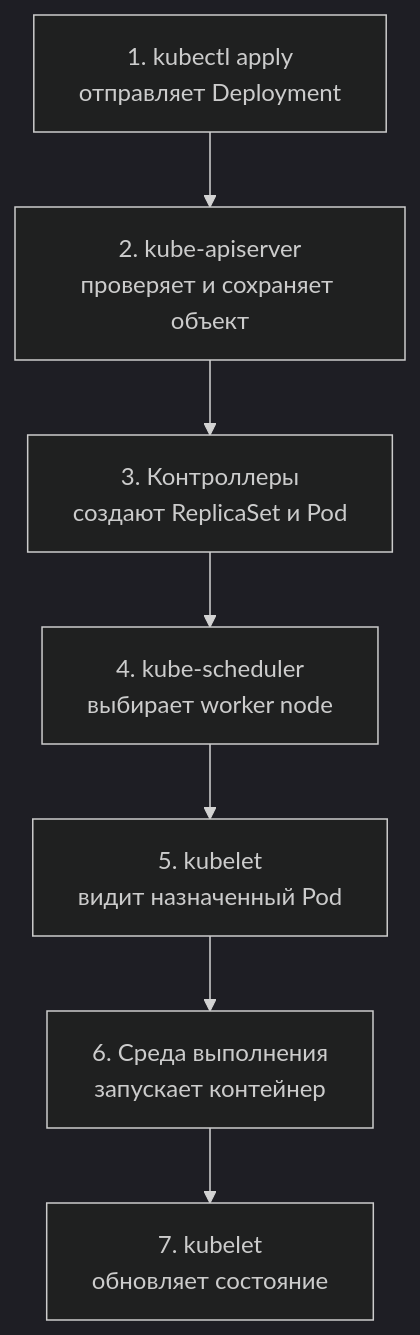
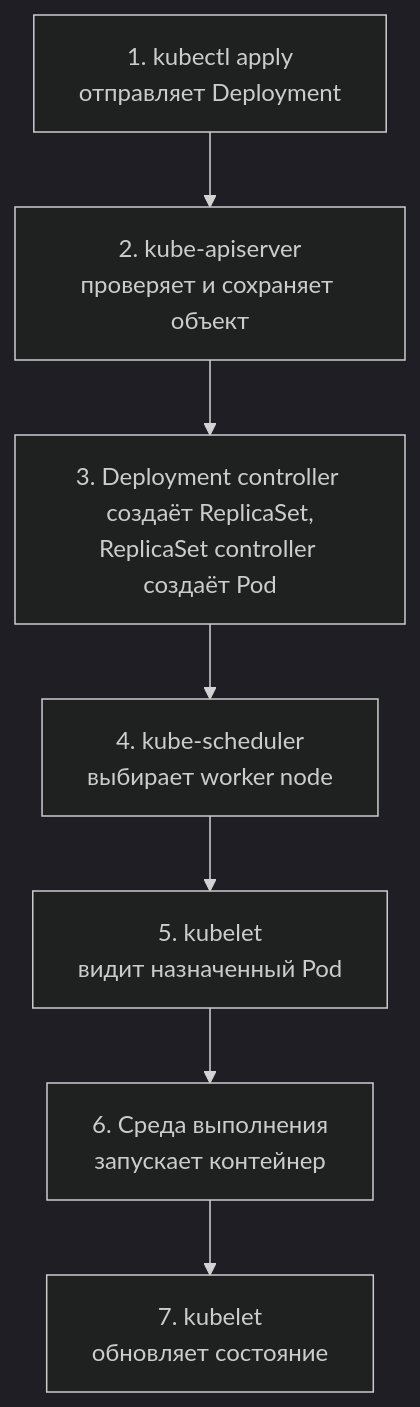
One commit to fev0ks/LearnGoLang changed the third of 3 diagrams in docs/senior-golang-study/10-devops-and-observability/kubernetes/01-kubernetes-architecture.md. Above: the diagram before and after it, drawn with Mermaid (dark theme). The commit also changed other lines of this file, not shown here.

Commit message:
Clarify Kubernetes architecture components

````diff
--- a/docs/senior-golang-study/10-devops-and-observability/kubernetes/01-kubernetes-architecture.md
+++ b/docs/senior-golang-study/10-devops-and-observability/kubernetes/01-kubernetes-architecture.md
@@ -475,10 +489,10 @@
 ```mermaid
 flowchart TB
     Apply["1. kubectl apply<br/>отправляет Deployment"] -->
     API["2. kube-apiserver<br/>проверяет и сохраняет объект"] -->
-    Controllers["3. Контроллеры<br/>создают ReplicaSet и Pod"] -->
+    Controllers["3. Deployment controller создаёт ReplicaSet,<br/>ReplicaSet controller создаёт Pod"] -->
     Scheduler["4. kube-scheduler<br/>выбирает worker node"] -->
     Kubelet["5. kubelet<br/>видит назначенный Pod"] -->
     Runtime["6. Среда выполнения<br/>запускает контейнер"] -->
     Status["7. kubelet<br/>обновляет состояние"]
 ```
````
